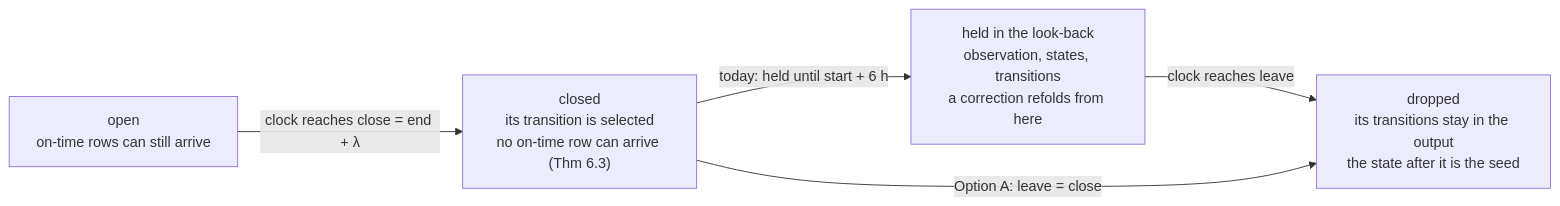
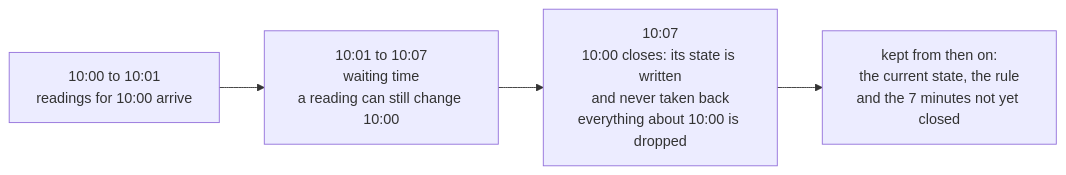
Before and after one commit to abossard/sattle: the first of 3 diagrams in paper/research/16-fold-state-per-key.md, drawn with Mermaid. The commit also changed other lines of this file, not shown here.

````diff
--- a/paper/research/16-fold-state-per-key.md
+++ b/paper/research/16-fold-state-per-key.md
@@ -24,7 +27,6 @@
 ```mermaid
 flowchart LR
-  O["open<br/>on-time rows can still arrive"] -->|"clock reaches close = end + λ"| C["closed<br/>its transition is selected<br/>no on-time row can arrive (Thm 6.3)"]
-  C -->|"today: held until start + 6 h"| H["held in the look-back<br/>observation, states, transitions<br/>a correction refolds from here"]
-  H -->|"clock reaches leave"| D["dropped<br/>its transitions stay in the output<br/>the state after it is the seed"]
-  C -->|"Option A: leave = close"| D
+  A["10:00 to 10:01<br/>readings for 10:00 arrive"] --> B["10:01 to 10:07<br/>waiting time<br/>a reading can still change 10:00"]
+  B --> C["10:07<br/>10:00 closes: its state is written<br/>and never taken back<br/>everything about 10:00 is dropped"]
+  C --> D["kept from then on:<br/>the current state, the rule<br/>and the 7 minutes not yet closed"]
 ```
````
